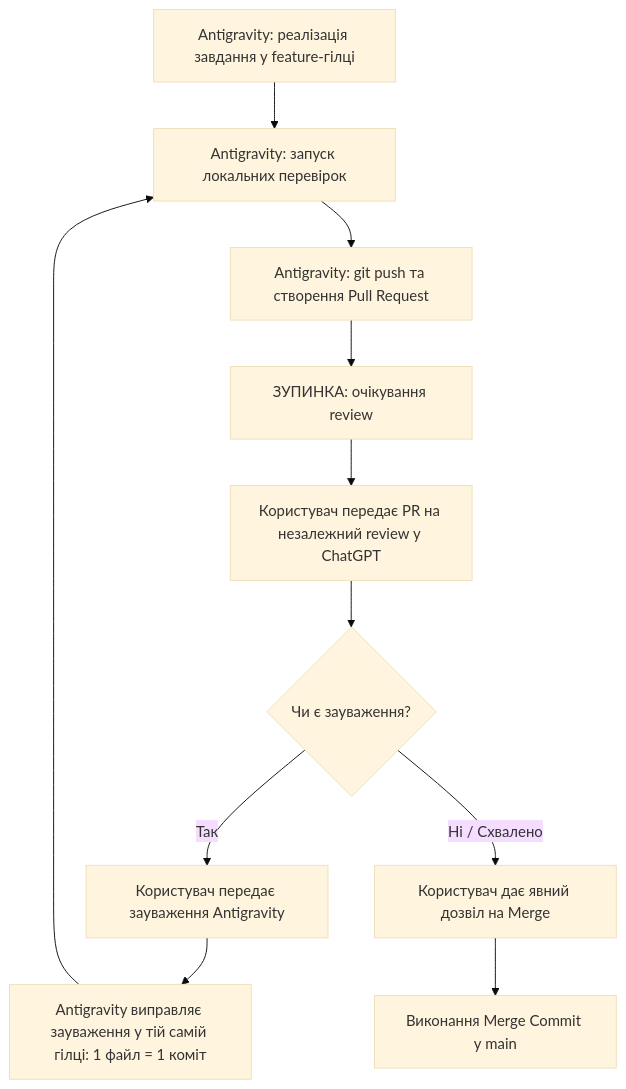
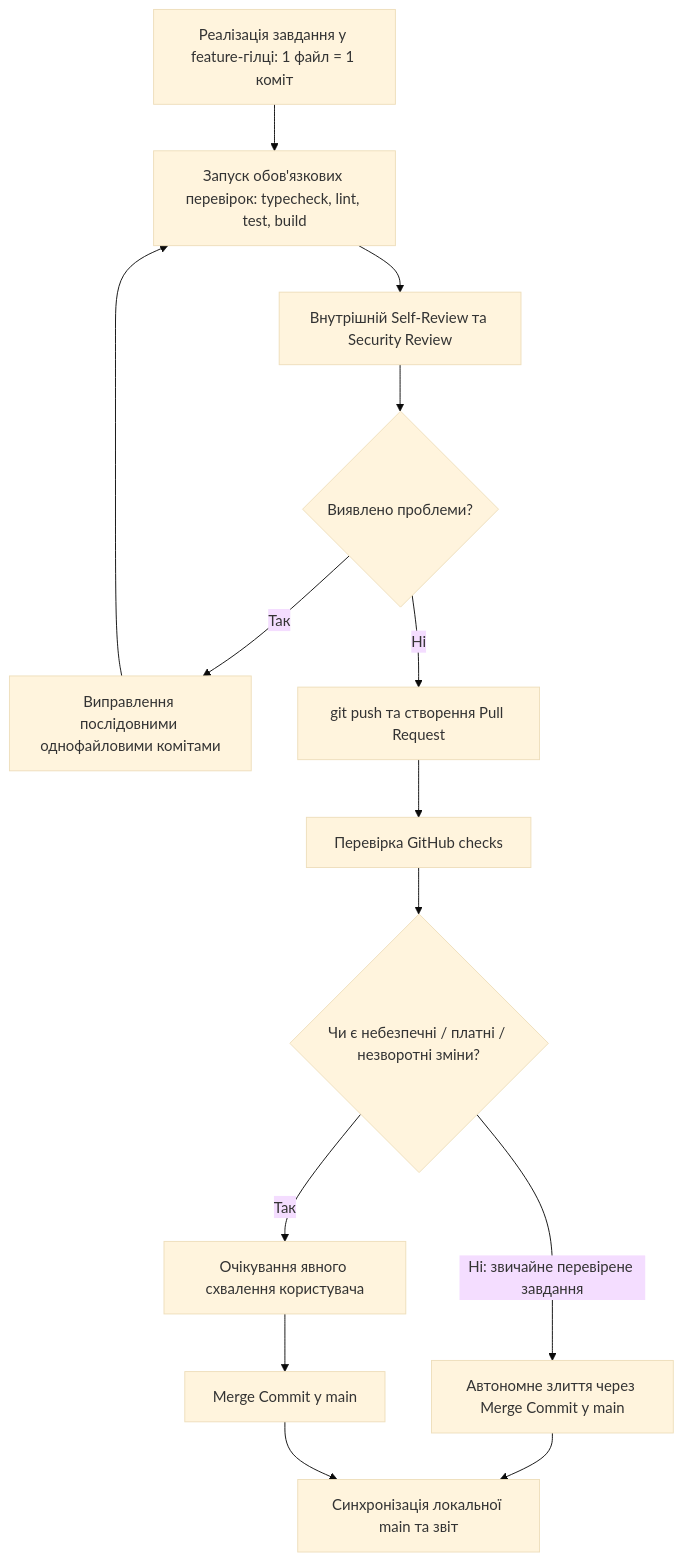
The diagram in docs/DEVELOPMENT_WORKFLOW.md (Hyptofon/AURA-DESK), drawn with Mermaid (base theme) before and after one commit. The commit also changed other lines of this file, not shown here.

Commit message:
docs(workflow): document autonomous PR merge policy for verified regular tasks

````diff
--- a/docs/DEVELOPMENT_WORKFLOW.md
+++ b/docs/DEVELOPMENT_WORKFLOW.md
@@ -102,13 +106,16 @@
 ```mermaid
 flowchart TD
-    A[Antigravity: реалізація завдання у feature-гілці] --> B[Antigravity: запуск локальних перевірок]
-    B --> C[Antigravity: git push та створення Pull Request]
-    C --> D[ЗУПИНКА: очікування review]
-    D --> E[Користувач передає PR на незалежний review у ChatGPT]
-    E --> F{Чи є зауваження?}
-    F -- Так --> G[Користувач передає зауваження Antigravity]
-    G --> H[Antigravity виправляє зауваження у тій самій гілці: 1 файл = 1 коміт]
-    H --> B
-    F -- Ні / Схвалено --> I[Користувач дає явний дозвіл на Merge]
-    I --> J[Виконання Merge Commit у main]
+    A[Реалізація завдання у feature-гілці: 1 файл = 1 коміт] --> B[Запуск обов'язкових перевірок: typecheck, lint, test, build]
+    B --> C[Внутрішній Self-Review та Security Review]
+    C --> D{Виявлено проблеми?}
+    D -- Так --> E[Виправлення послідовними однофайловими комітами]
+    E --> B
+    D -- Ні --> F[git push та створення Pull Request]
+    F --> G[Перевірка GitHub checks]
+    G --> H{Чи є небезпечні / платні / незворотні зміни?}
+    H -- Так --> I[Очікування явного схвалення користувача]
+    I --> J[Merge Commit у main]
+    H -- Ні: звичайне перевірене завдання --> K[Автономне злиття через Merge Commit у main]
+    K --> L[Синхронізація локальної main та звіт]
+    J --> L
 ```
````
